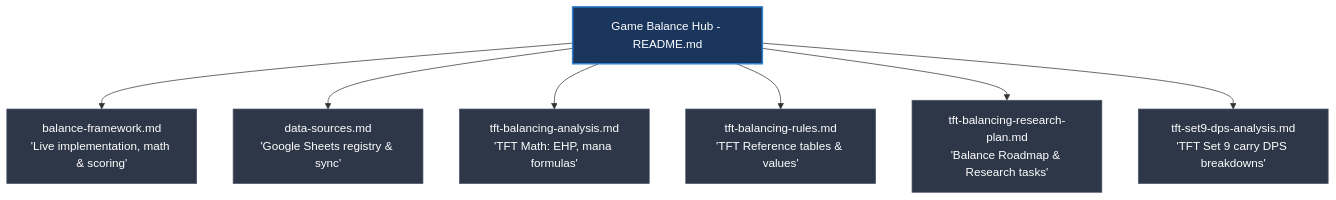
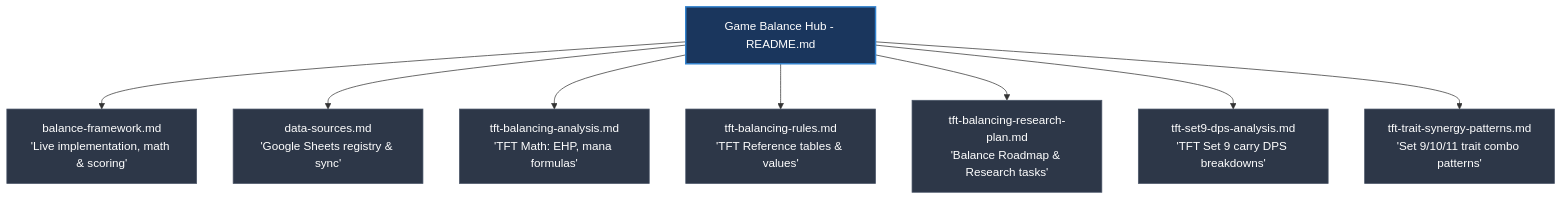
The first of 2 diagrams in .claude/docs/balance/README.md (SwiftkeyX/Magic-Tutor), drawn with Mermaid before and after one commit. The commit also changed other lines of this file and 2 other files, not shown here.

First line of the commit message:
docs(balance): add TFT trait synergy pattern analysis across Set 9/10/11

````diff
--- a/.claude/docs/balance/README.md
+++ b/.claude/docs/balance/README.md
@@ -13,17 +13,19 @@
 ```mermaid
 graph TD
     hub[Game Balance Hub - README.md] --> framework[balance-framework.md<br>'Live implementation, math & scoring']
     hub --> sources[data-sources.md<br>'Google Sheets registry & sync']
     hub --> analysis[tft-balancing-analysis.md<br>'TFT Math: EHP, mana formulas']
     hub --> rules[tft-balancing-rules.md<br>'TFT Reference tables & values']
     hub --> roadmap[tft-balancing-research-plan.md<br>'Balance Roadmap & Research tasks']
     hub --> dpsanalysis[tft-set9-dps-analysis.md<br>'TFT Set 9 carry DPS breakdowns']
+    hub --> synergy[tft-trait-synergy-patterns.md<br>'Set 9/10/11 trait combo patterns']
     
     style hub fill:#1a365d,stroke:#3182ce,stroke-width:2px,color:#fff
     style framework fill:#2d3748,stroke:#4a5568,color:#fff
     style sources fill:#2d3748,stroke:#4a5568,color:#fff
     style analysis fill:#2d3748,stroke:#4a5568,color:#fff
     style rules fill:#2d3748,stroke:#4a5568,color:#fff
     style roadmap fill:#2d3748,stroke:#4a5568,color:#fff
     style dpsanalysis fill:#2d3748,stroke:#4a5568,color:#fff
+    style synergy fill:#2d3748,stroke:#4a5568,color:#fff
 ```
````
